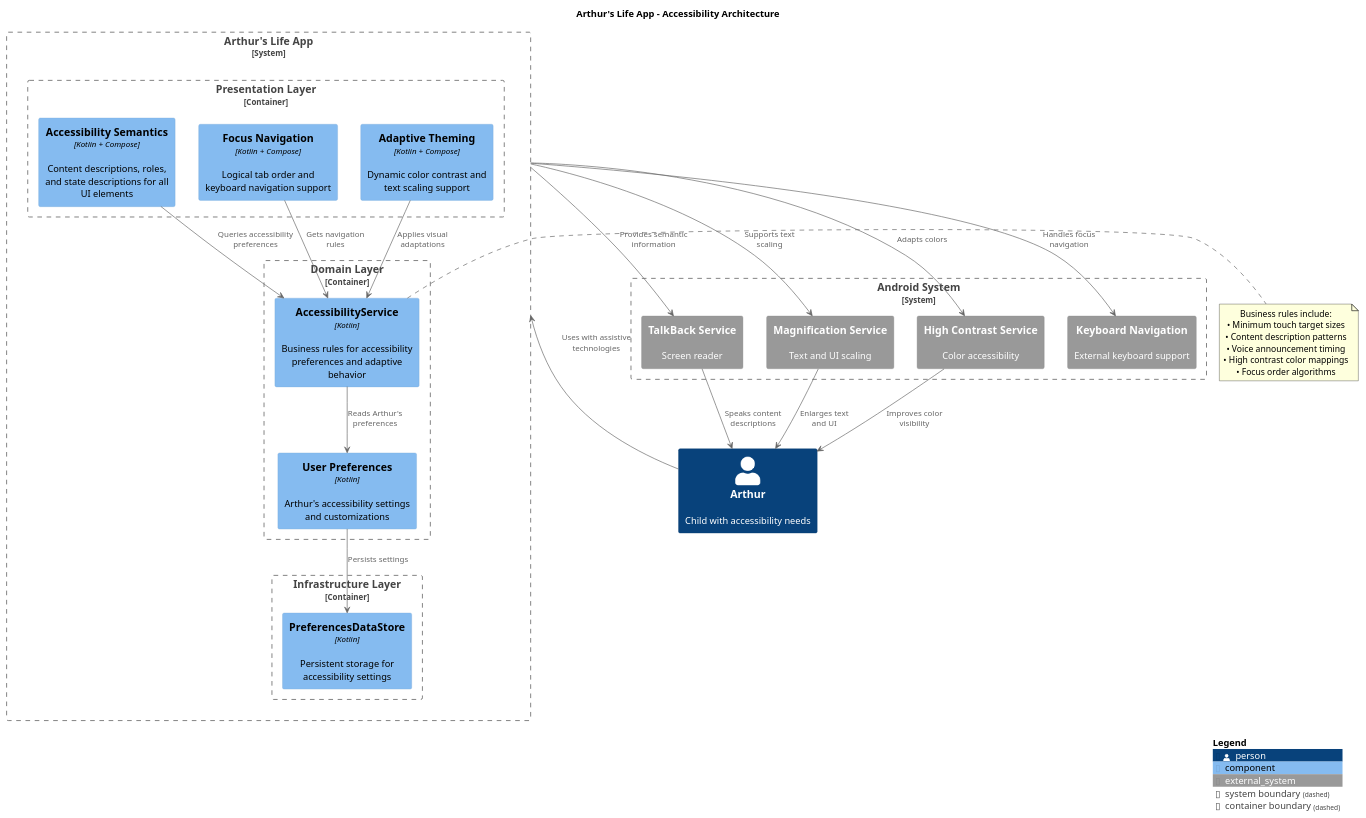
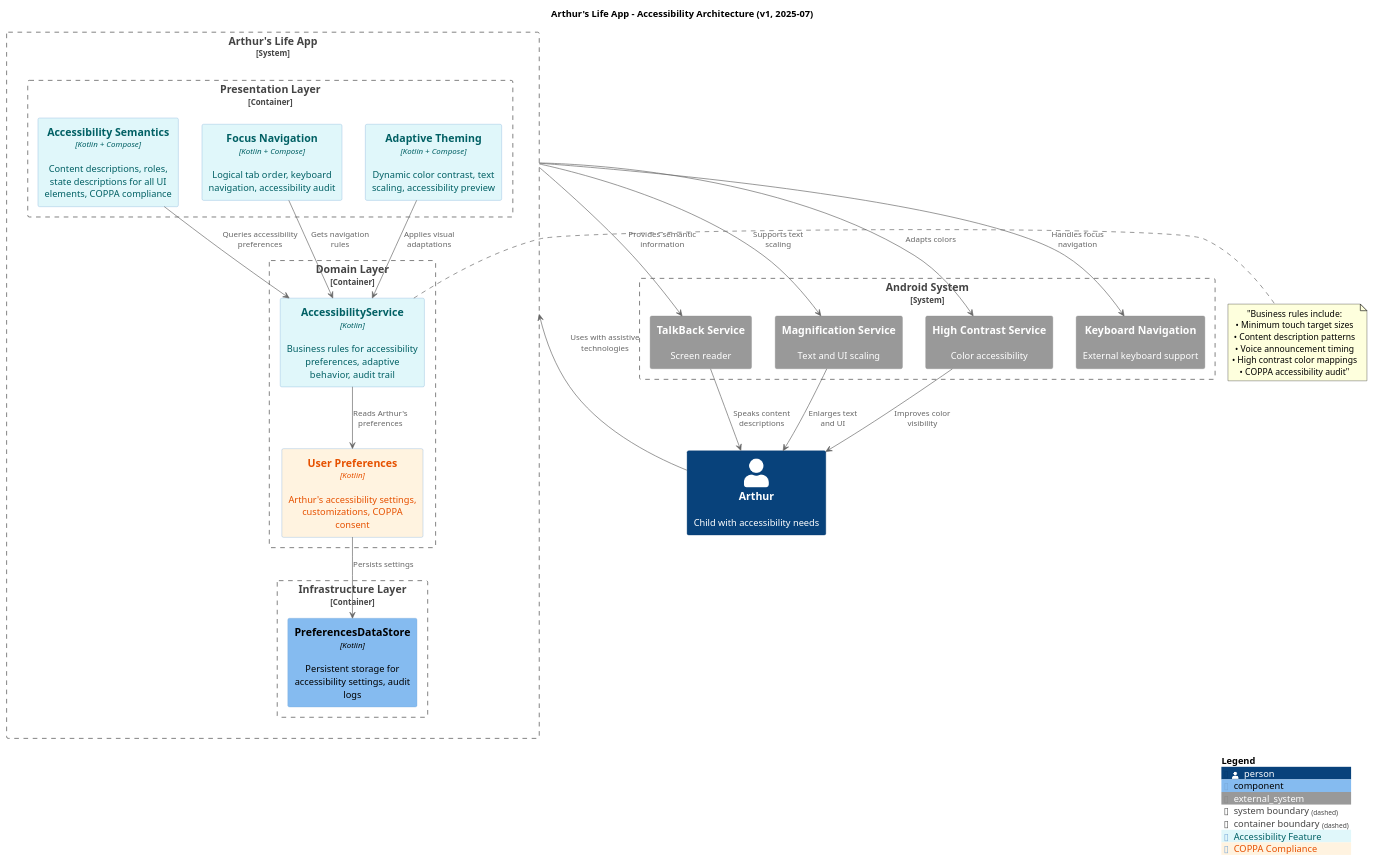
The diagram in docs/diagrams/accessibility-architecture.puml (almeidaraphael/arthurs-life-app), drawn with PlantUML before and after one commit. The commit also changed 134 other files, not shown here.

```diff
--- a/docs/diagrams/accessibility-architecture.puml
+++ b/docs/diagrams/accessibility-architecture.puml
@@ -1,65 +1,60 @@
 @startuml accessibility-architecture
-!includeurl https://raw.githubusercontent.com/plantuml-stdlib/C4-PlantUML/master/C4_Component.puml
+!include https://raw.githubusercontent.com/plantuml-stdlib/C4-PlantUML/master/C4_Component.puml
 
 LAYOUT_WITH_LEGEND()
 
-title Arthur's Life App - Accessibility Architecture
+title Arthur's Life App - Accessibility Architecture (v1, 2025-07)
+
+AddComponentTag("a11y", $bgColor="#e0f7fa", $fontColor="#006064", $legendText="Accessibility Feature")
+AddComponentTag("coppa", $bgColor="#fff3e0", $fontColor="#e65100", $legendText="COPPA Compliance")
 
 Person(arthur, "Arthur", "Child with accessibility needs")
 
 System_Boundary(android, "Android System") {
   System_Ext(talkback, "TalkBack Service", "Screen reader")
   System_Ext(magnification, "Magnification Service", "Text and UI scaling")
   System_Ext(highcontrast, "High Contrast Service", "Color accessibility")
   System_Ext(keyboard, "Keyboard Navigation", "External keyboard support")
 }
 
 System_Boundary(app, "Arthur's Life App") {
   Container_Boundary(presentation, "Presentation Layer") {
-    Component(semantics, "Accessibility Semantics", "Kotlin + Compose", "Content descriptions, roles, and state descriptions for all UI elements")
-    Component(navigation, "Focus Navigation", "Kotlin + Compose", "Logical tab order and keyboard navigation support")
-    Component(theming, "Adaptive Theming", "Kotlin + Compose", "Dynamic color contrast and text scaling support")
+    Component(semantics, "Accessibility Semantics", "Kotlin + Compose", "Content descriptions, roles, state descriptions for all UI elements, COPPA compliance", $tags="a11y+coppa")
+    Component(navigation, "Focus Navigation", "Kotlin + Compose", "Logical tab order, keyboard navigation, accessibility audit", $tags="a11y")
+    Component(theming, "Adaptive Theming", "Kotlin + Compose", "Dynamic color contrast, text scaling, accessibility preview", $tags="a11y")
   }
-  
+
   Container_Boundary(domain, "Domain Layer") {
-    Component(a11yservice, "AccessibilityService", "Kotlin", "Business rules for accessibility preferences and adaptive behavior")
-    Component(userprefs, "User Preferences", "Kotlin", "Arthur's accessibility settings and customizations")
+    Component(a11yservice, "AccessibilityService", "Kotlin", "Business rules for accessibility preferences, adaptive behavior, audit trail", $tags="a11y")
+    Component(userprefs, "User Preferences", "Kotlin", "Arthur's accessibility settings, customizations, COPPA consent", $tags="coppa")
   }
-  
+
   Container_Boundary(infra, "Infrastructure Layer") {
-    Component(prefsstore, "PreferencesDataStore", "Kotlin", "Persistent storage for accessibility settings")
+    Component(prefsstore, "PreferencesDataStore", "Kotlin", "Persistent storage for accessibility settings, audit logs")
   }
 }
 
 arthur --> app : "Uses with assistive\ntechnologies"
 
 ' Android system interactions
 app --> talkback : "Provides semantic\ninformation"
 app --> magnification : "Supports text\nscaling"
 app --> highcontrast : "Adapts colors"
 app --> keyboard : "Handles focus\nnavigation"
 
 ' Internal accessibility flow
 semantics --> a11yservice : "Queries accessibility\npreferences"
 navigation --> a11yservice : "Gets navigation\nrules"
 theming --> a11yservice : "Applies visual\nadaptations"
-
 a11yservice --> userprefs : "Reads Arthur's\npreferences"
 userprefs --> prefsstore : "Persists settings"
 
 ' Feedback loops
 talkback --> arthur : "Speaks content\ndescriptions"
 magnification --> arthur : "Enlarges text\nand UI"
 highcontrast --> arthur : "Improves color\nvisibility"
 
-note right of a11yservice
-  Business rules include:
-  • Minimum touch target sizes
-  • Content description patterns
-  • Voice announcement timing
-  • High contrast color mappings
-  • Focus order algorithms
-end note
+note right of a11yservice : "Business rules include:\n• Minimum touch target sizes\n• Content description patterns\n• Voice announcement timing\n• High contrast color mappings\n• COPPA accessibility audit"
 
 SHOW_LEGEND()
 @enduml
```
